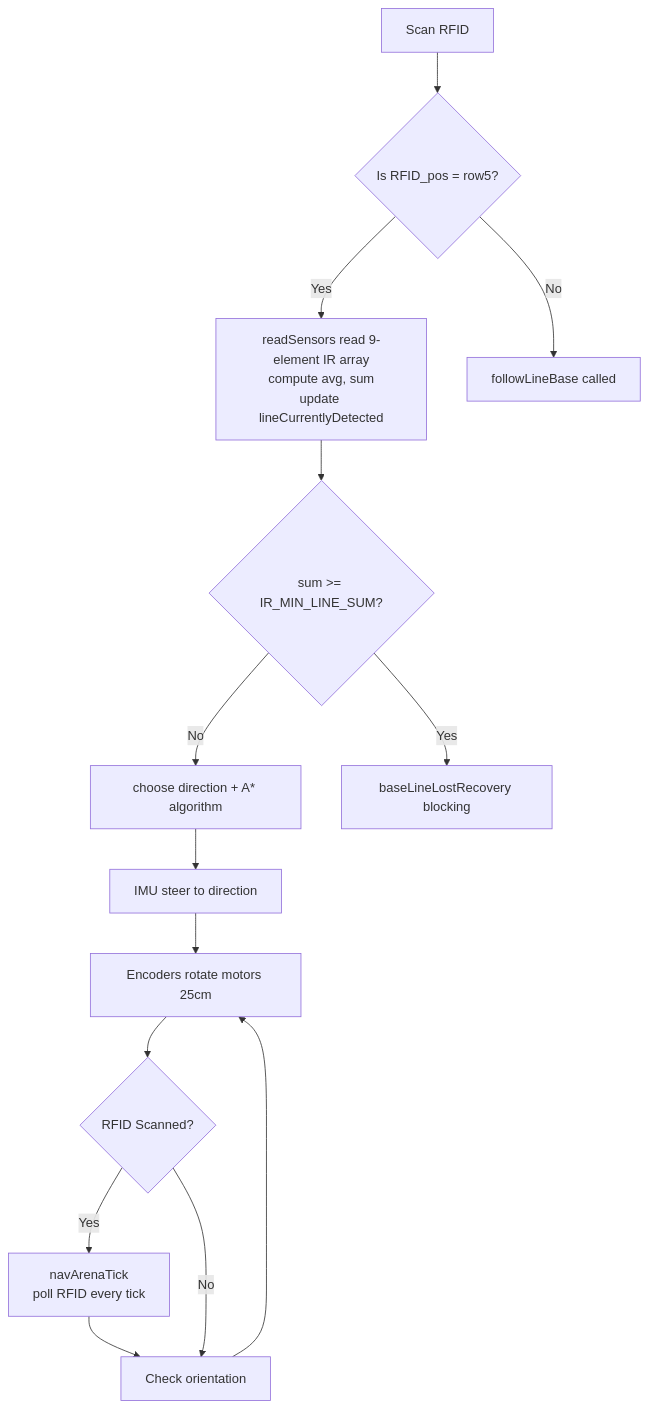
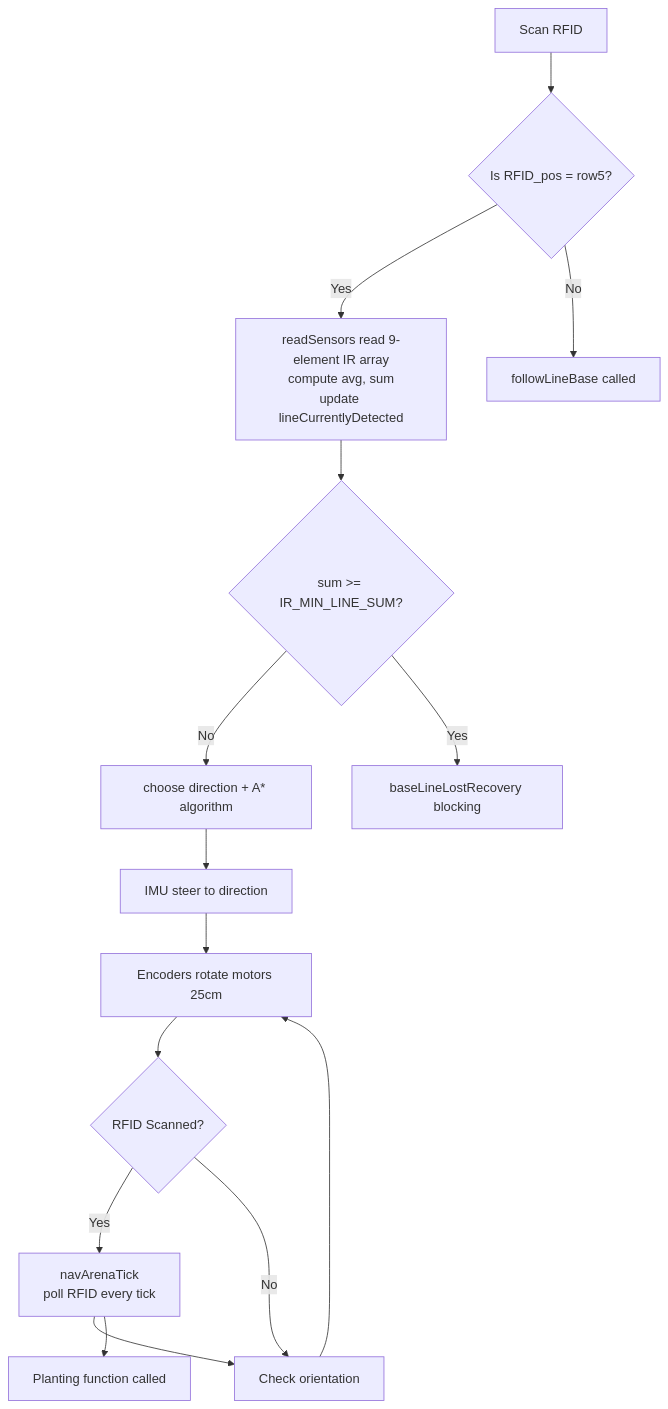
The ninth of 9 diagrams in docs/flowcharts.md (Stanleyhoo1/Robotics-Challenge), drawn with Mermaid before and after one commit.

Commit message:
Fix flowchart formatting in flowcharts.md

````diff
--- a/docs/flowcharts.md
+++ b/docs/flowcharts.md
@@ -275,16 +275,17 @@
 ```mermaid
     flowchart TD
     A[Scan RFID] --> B{Is RFID_pos = row5?}
     B -- Yes -->C[readSensors read 9-element IR array<br/>compute avg, sum<br/>update lineCurrentlyDetected]
     B --No --> D[followLineBase called]
     C --> E{sum >= IR_MIN_LINE_SUM?}
     E -- No --> F[choose direction + A* algorithm]
     E -- Yes --> G[baseLineLostRecovery blocking]
     F --> H[IMU steer to direction]
     H --> I[Encoders rotate motors 25cm]
     I --> J{RFID Scanned?}
     J -- Yes --> K[navArenaTick<br/>poll RFID every tick]
     K --> L[Planting function called]
     J -- No --> L[Check orientation]
     L --> I
+    K --> M[Planting function called]
 ```
````
